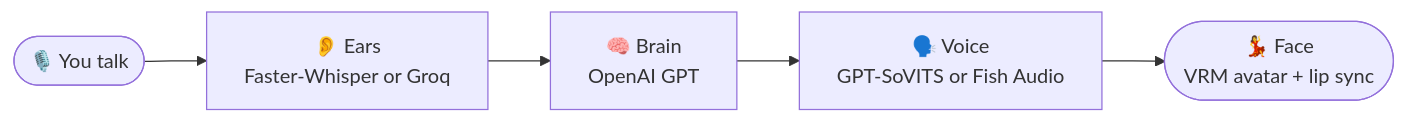
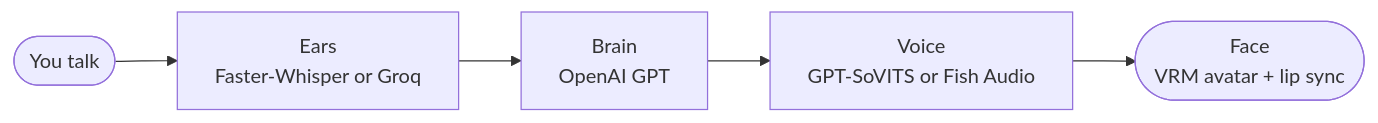
Before and after one commit to chudling445/vesper: the diagram in README.md, drawn with Mermaid. The commit also changed other lines of this file and 4 other files, not shown here.

````diff
--- a/README.md
+++ b/README.md
@@ -62,7 +60,7 @@
 ```mermaid
 flowchart LR
-    you(["🎙️ You talk"]) --> ears["👂 Ears<br/>Faster-Whisper or Groq"]
-    ears --> brain["🧠 Brain<br/>OpenAI GPT"]
-    brain --> voice["🗣️ Voice<br/>GPT-SoVITS or Fish Audio"]
-    voice --> face(["💃 Face<br/>VRM avatar + lip sync"])
+    you(["You talk"]) --> ears["Ears<br/>Faster-Whisper or Groq"]
+    ears --> brain["Brain<br/>OpenAI GPT"]
+    brain --> voice["Voice<br/>GPT-SoVITS or Fish Audio"]
+    voice --> face(["Face<br/>VRM avatar + lip sync"])
 ```
````
